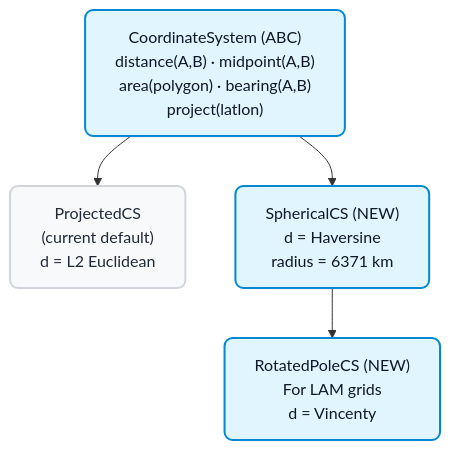
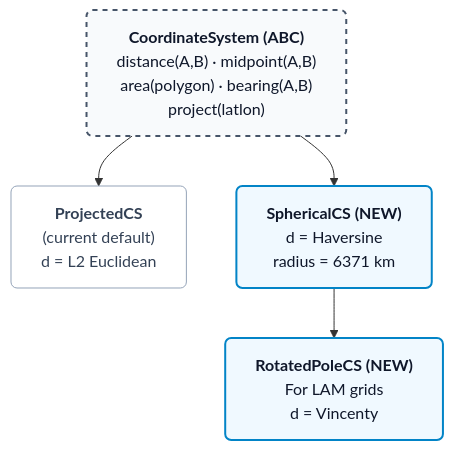
Before and after one commit to prajwal-tech07/Gsoc_test: the tenth of 11 diagrams in GSoC_Project_Created_By_Antigravity.md, drawn with Mermaid. The commit also changed other lines of this file, not shown here.

First line of the commit message:
Refactor mermaid diagrams and improve text clarity

````diff
--- a/GSoC_Project_Created_By_Antigravity.md
+++ b/GSoC_Project_Created_By_Antigravity.md
@@ -557,15 +643,18 @@
 ```mermaid
-flowchart TD
-    classDef default fill:#f8f9fa,stroke:#d1d5db,stroke-width:2px,rx:8px,color:#1f2937
-    classDef highlight fill:#e1f5fe,stroke:#0288d1,stroke-width:2px,rx:8px,color:#0f172a
+flowchart TB
+    %% Light Professional Styling: Dashed border for Abstract, crisp blues for new classes
+    classDef baseClass fill:#f8fafc,stroke:#475569,stroke-width:2px,stroke-dasharray: 5 5,rx:6px,color:#0f172a
+    classDef existingClass fill:#ffffff,stroke:#94a3b8,stroke-width:1px,rx:6px,color:#334155
+    classDef newClass fill:#f0f9ff,stroke:#0284c7,stroke-width:2px,rx:6px,color:#0f172a
 
-    CS["CoordinateSystem (ABC)\ndistance(A,B) · midpoint(A,B)\narea(polygon) · bearing(A,B)\nproject(latlon)"]:::highlight
+    CS["<b>CoordinateSystem (ABC)</b><br/>distance(A,B) · midpoint(A,B)<br/>area(polygon) · bearing(A,B)<br/>project(latlon)"]:::baseClass
 
-    P["ProjectedCS\n(current default)\nd = L2 Euclidean"]
-    S["SphericalCS (NEW)\nd = Haversine\nradius = 6371 km"]:::highlight
-    R["RotatedPoleCS (NEW)\nFor LAM grids\nd = Vincenty"]:::highlight
+    P["<b>ProjectedCS</b><br/>(current default)<br/>d = L2 Euclidean"]:::existingClass
+    S["<b>SphericalCS (NEW)</b><br/>d = Haversine<br/>radius = 6371 km"]:::newClass
+    R["<b>RotatedPoleCS (NEW)</b><br/>For LAM grids<br/>d = Vincenty"]:::newClass
 
+    %% Architecture flow
     CS --> P
     CS --> S
     S --> R
 ```
````
